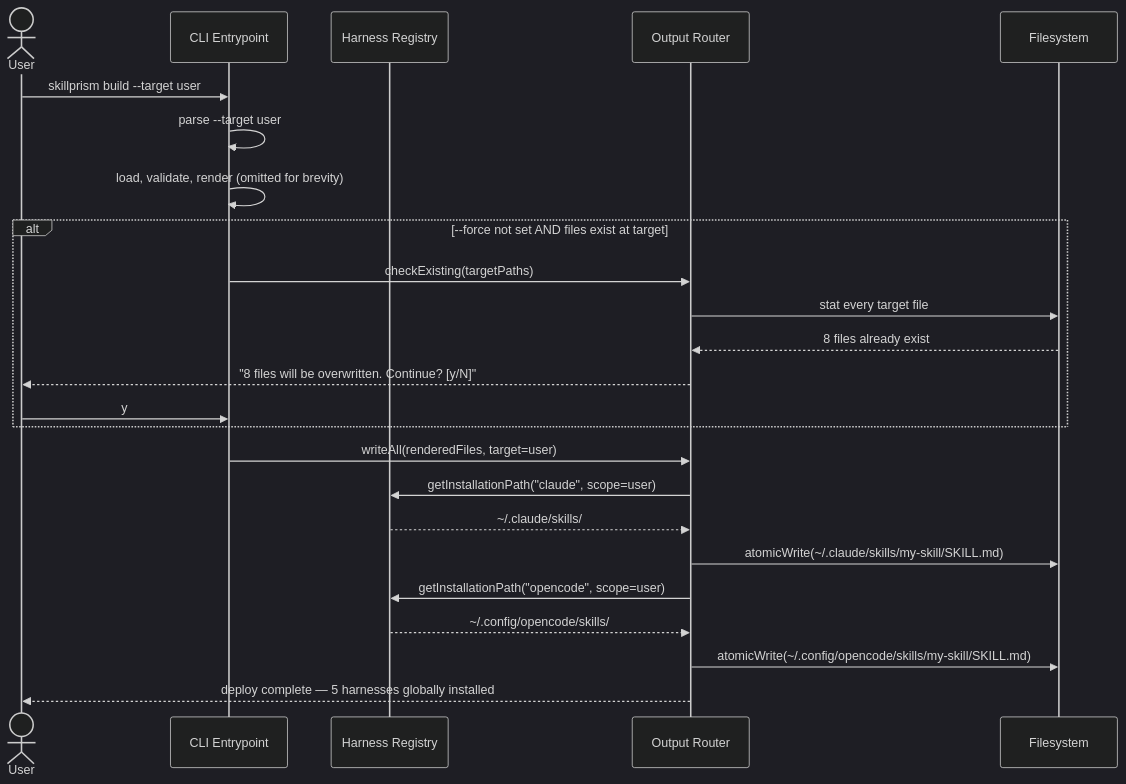
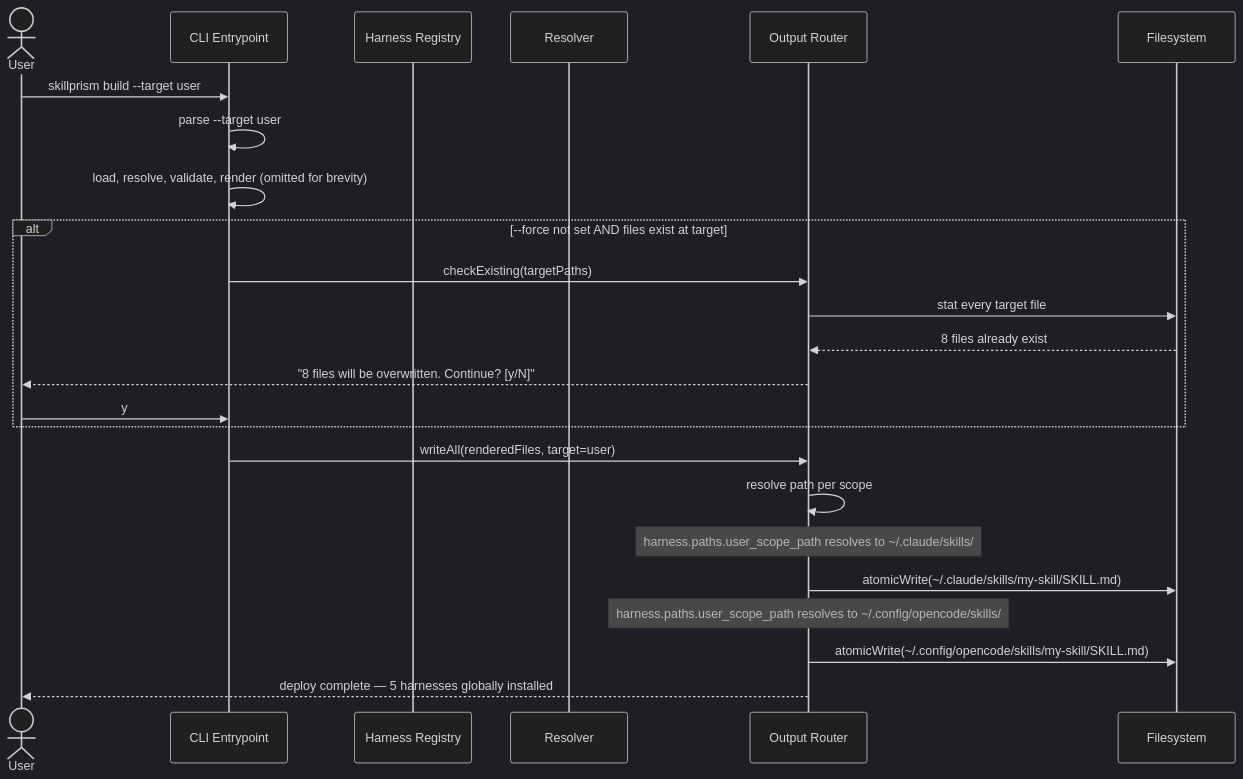
Before and after one commit to Tuvren/skillprism: the diagram in .constitution/architecture/flows/flow-deploy-user.md, drawn with Mermaid (dark theme). The commit also changed 40 other files, not shown here.

First line of the commit message:
Epic B: Pipeline — Resolver, Validator, Template Engine, Output Router (#2)

````diff
--- a/.constitution/architecture/flows/flow-deploy-user.md
+++ b/.constitution/architecture/flows/flow-deploy-user.md
@@ -9,35 +9,34 @@
 ```mermaid
 sequenceDiagram
   actor User
   participant CLI as CLI Entrypoint
   participant Registry as Harness Registry
+  participant Resolver as Resolver
   participant Router as Output Router
   participant FS as Filesystem
 
   User->>CLI: skillprism build --target user
   CLI->>CLI: parse --target user
 
-  CLI->>CLI: load, validate, render (omitted for brevity)
+  CLI->>CLI: load, resolve, validate, render (omitted for brevity)
 
   alt --force not set AND files exist at target
     CLI->>Router: checkExisting(targetPaths)
     Router->>FS: stat every target file
     FS-->>Router: 8 files already exist
     Router-->>User: "8 files will be overwritten. Continue? [y/N]"
     User->>CLI: y
   end
 
   CLI->>Router: writeAll(renderedFiles, target=user)
-
-  Router->>Registry: getInstallationPath("claude", scope=user)
-  Registry-->>Router: ~/.claude/skills/
+  Router->>Router: resolve path per scope
+  Note over Router: harness.paths.user_scope_path resolves to ~/.claude/skills/
 
   Router->>FS: atomicWrite(~/.claude/skills/my-skill/SKILL.md)
 
-  Router->>Registry: getInstallationPath("opencode", scope=user)
-  Registry-->>Router: ~/.config/opencode/skills/
+  Note over Router: harness.paths.user_scope_path resolves to ~/.config/opencode/skills/
 
   Router->>FS: atomicWrite(~/.config/opencode/skills/my-skill/SKILL.md)
 
   Router-->>User: deploy complete — 5 harnesses globally installed
 ```
````
